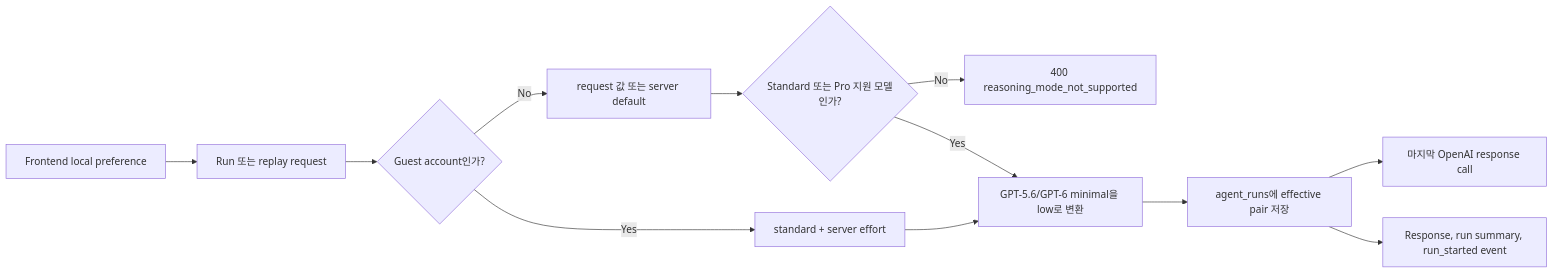
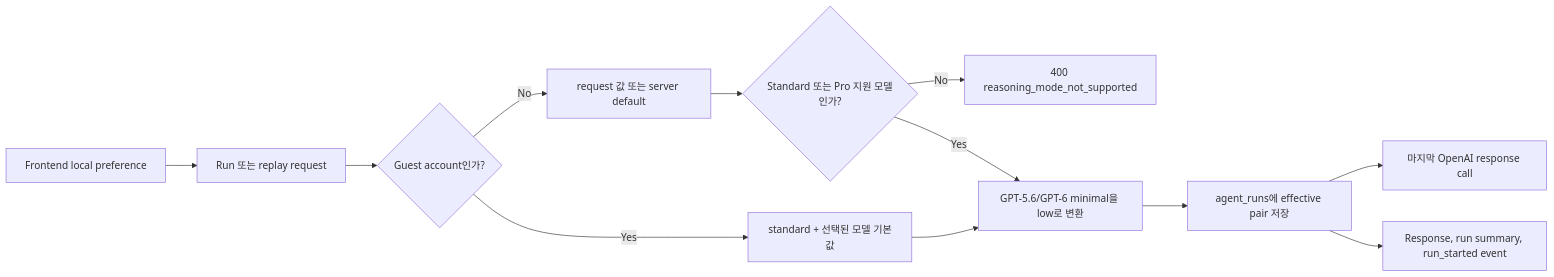
Before and after one commit to heecheon92/my-agents: the diagram in docs/product-chat-service/ko/26-run-reasoning-preferences.md, drawn with Mermaid. The commit also changed other lines of this file and 51 other files, not shown here.

````diff
--- a/docs/product-chat-service/ko/26-run-reasoning-preferences.md
+++ b/docs/product-chat-service/ko/26-run-reasoning-preferences.md
@@ -9,14 +9,14 @@
 ```mermaid
 flowchart LR
     UI["Frontend local preference"] --> Request["Run 또는 replay request"]
     Request --> Guest{"Guest account인가?"}
-    Guest -->|Yes| Fixed["standard + server effort"]
+    Guest -->|Yes| Fixed["standard + 선택된 모델 기본값"]
     Guest -->|No| Resolve["request 값 또는 server default"]
     Resolve --> Check{"Standard 또는 Pro 지원 모델인가?"}
     Check -->|No| Error["400 reasoning_mode_not_supported"]
     Check -->|Yes| Normalize["GPT-5.6/GPT-6 minimal을 low로 변환"]
     Normalize --> Persist["agent_runs에 effective pair 저장"]
     Fixed --> Normalize
     Persist --> Provider["마지막 OpenAI response call"]
     Persist --> Contract["Response, run summary, run_started event"]
 ```
````
